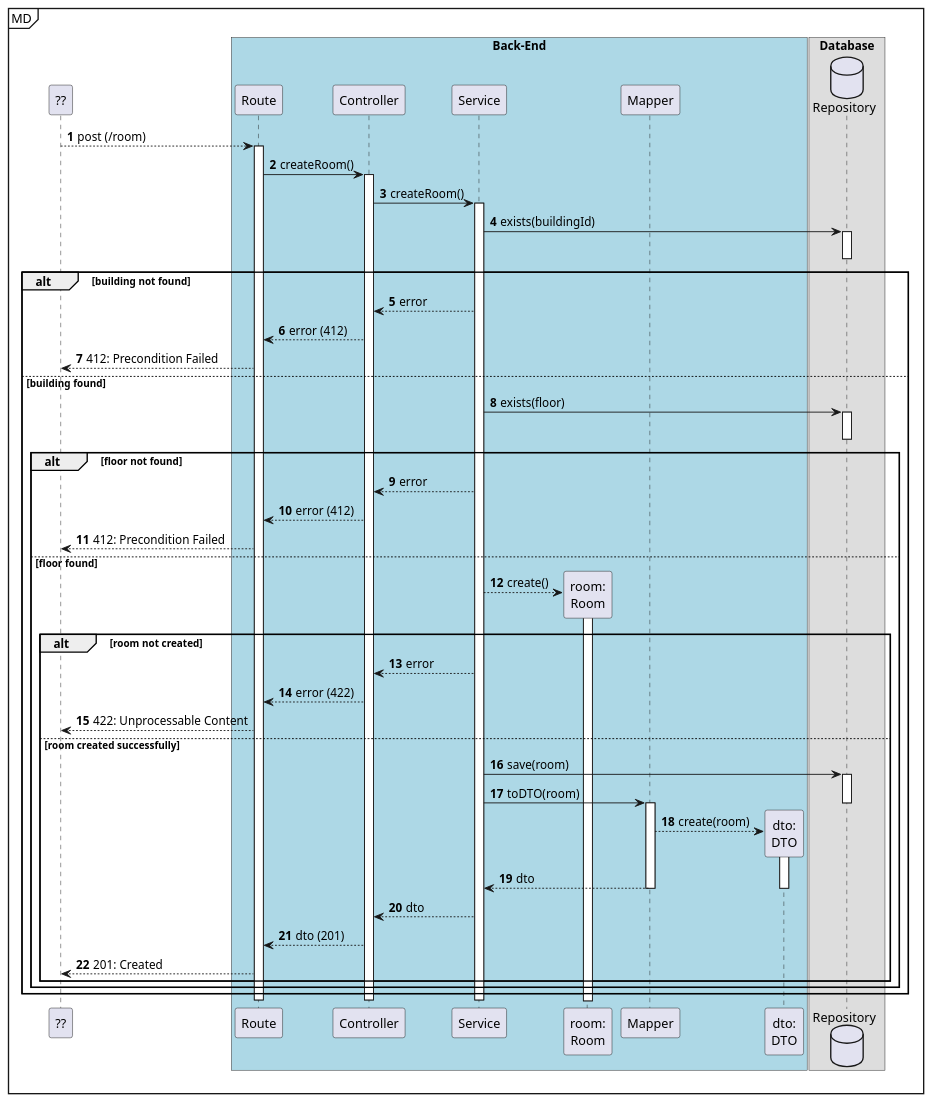
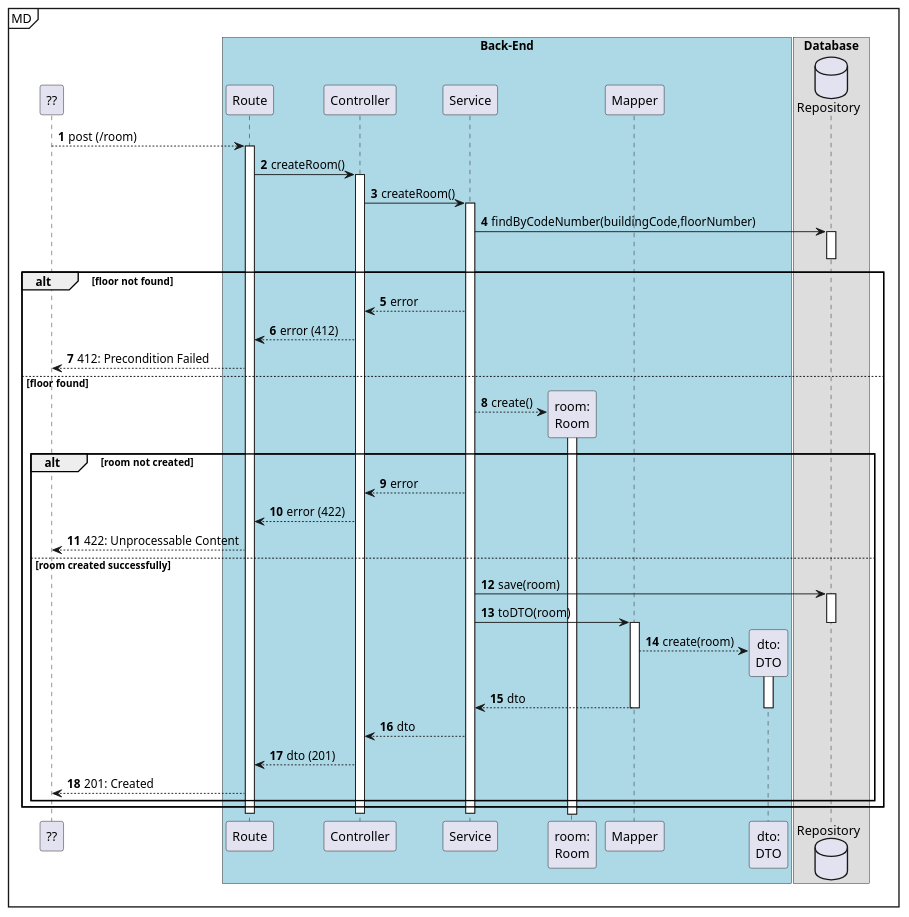
The diagram in docs/us310/level3/process-view.puml (Departamento-de-Engenharia-Informatica/lapr5-23-24-g19), drawn with PlantUML before and after one commit. The commit also changed 2 other files, not shown here.

```diff
--- a/docs/us310/level3/process-view.puml
+++ b/docs/us310/level3/process-view.puml
@@ -1,80 +1,73 @@
 @startuml
 autonumber
 
 participant "??" as ui
 
 mainframe MD
 box "Back-End" #LightBlue
 participant "Route" as r
 participant "Controller" as ctrl
 participant "Service" as svc
 
 participant "room:\nRoom" as room
 participant "Mapper" as map
 participant "dto:\nDTO" as dto
 end box
 
 box "Database"
 database "Repository" as repo
 end box
 
 ui --> r: post (/room)
     activate r
         r -> ctrl : createRoom()
         activate ctrl
             ctrl -> svc : createRoom()
             activate svc
-                svc -> repo : exists(buildingId)
+                svc -> repo : findByCodeNumber(buildingCode,floorNumber)
                 activate repo
                 deactivate repo
 
-                alt building not found
-                    svc --> ctrl : error
-                    ctrl --> r : error (412)
-                    r --> ui : 412: Precondition Failed
-                else building found
-                    svc -> repo: exists(floor)
 
-                    activate repo
-                    deactivate repo
+
 
                     alt floor not found
                         svc --> ctrl : error
                         ctrl --> r : error (412)
                         r --> ui : 412: Precondition Failed
                     else floor found
                         svc --> room** : create()
 
                         activate room
                         deactivate room
 
                         alt room not created
                             svc --> ctrl : error
                             ctrl --> r : error (422)
                             r --> ui : 422: Unprocessable Content
 
                         else room created successfully
                             svc -> repo : save(room)
 
                             activate repo
                                 svc -> map : toDTO(room)
                             deactivate repo
 
                             activate map
                                 map --> dto** : create(room)
                                 activate dto
                                     map --> svc : dto
                                 deactivate dto
                             deactivate map
 
                             svc --> ctrl : dto
                             ctrl --> r : dto (201)
                             r --> ui : 201: Created
-                        end
+
                     end
                 end
             deactivate svc
         deactivate ctrl
     deactivate r
 
 @enduml
```
